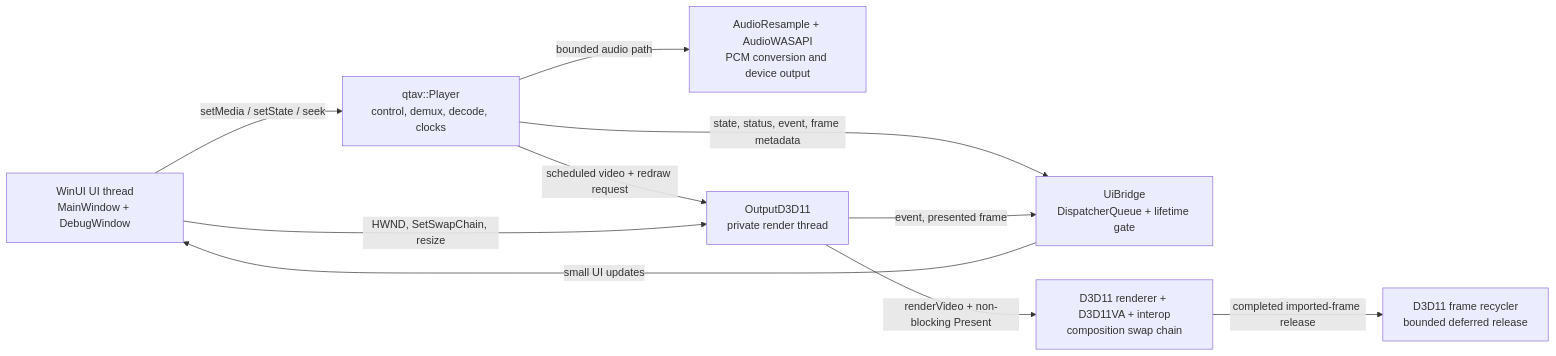
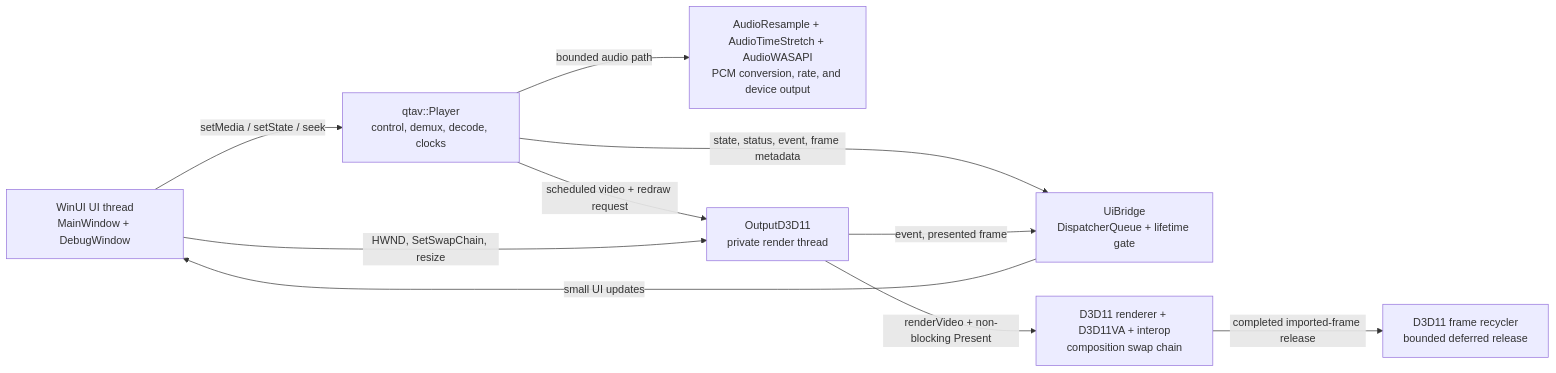
One commit to qietv/qtav changed the diagram in modern/examples/winui3_player/ARCHITECTURE.md. Above: the diagram before and after it, drawn with Mermaid. The commit also changed other lines of this file and 46 other files, not shown here.

Commit message:
Add audio time stretch and local Android builds

````diff
--- a/modern/examples/winui3_player/ARCHITECTURE.md
+++ b/modern/examples/winui3_player/ARCHITECTURE.md
@@ -23,20 +23,20 @@
 ```mermaid
 flowchart LR
     UI["WinUI UI thread\nMainWindow + DebugWindow"]
     Bridge["UiBridge\nDispatcherQueue + lifetime gate"]
     Player["qtav::Player\ncontrol, demux, decode, clocks"]
-    Audio["AudioResample + AudioWASAPI\nPCM conversion and device output"]
+    Audio["AudioResample + AudioTimeStretch + AudioWASAPI\nPCM conversion, rate, and device output"]
     Output["OutputD3D11\nprivate render thread"]
     GPU["D3D11 renderer + D3D11VA + interop\ncomposition swap chain"]
     Recycler["D3D11 frame recycler\nbounded deferred release"]
 
     UI -->|"setMedia / setState / seek"| Player
     Player -->|"bounded audio path"| Audio
     Player -->|"scheduled video + redraw request"| Output
     Output -->|"renderVideo + non-blocking Present"| GPU
     GPU -->|"completed imported-frame release"| Recycler
     UI -->|"HWND, SetSwapChain, resize"| Output
     Player -->|"state, status, event, frame metadata"| Bridge
     Output -->|"event, presented frame"| Bridge
     Bridge -->|"small UI updates"| UI
 ```
````
